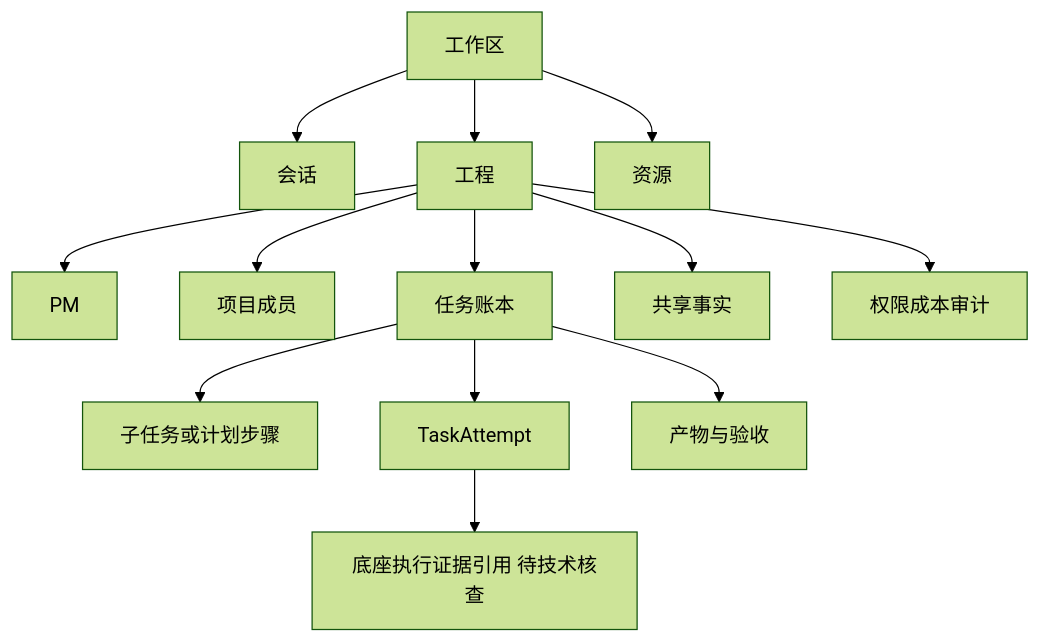
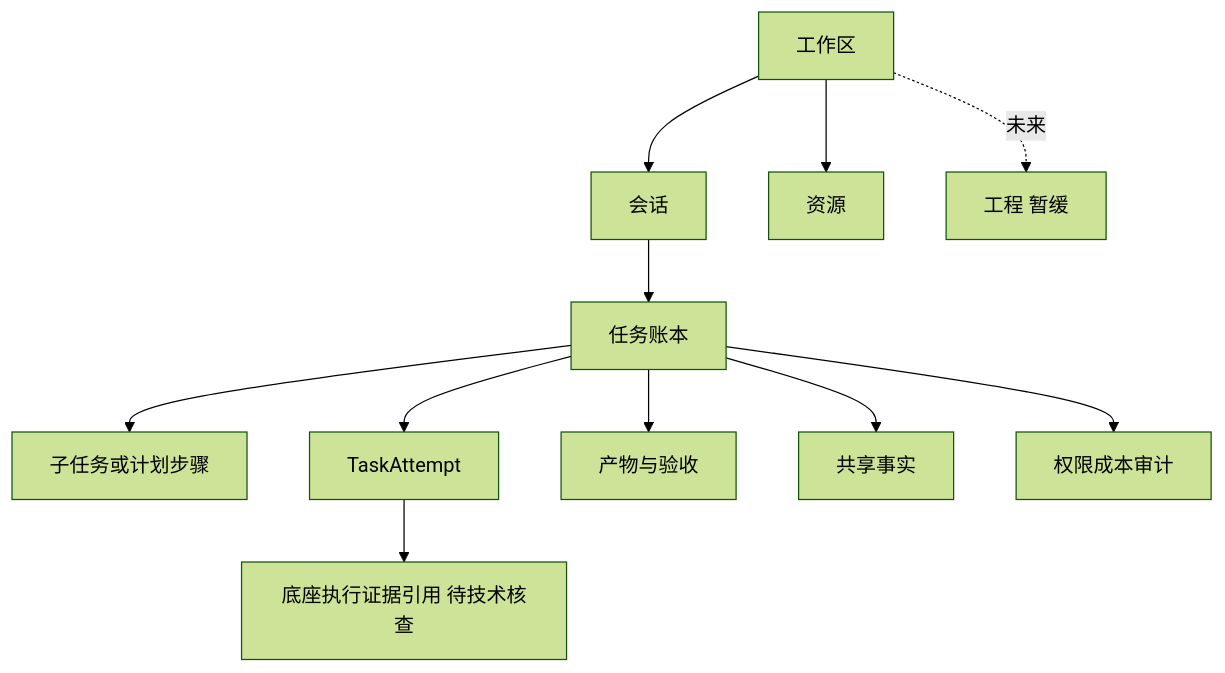
Before and after one commit to liu629711-spec/Magic: the fifth of 5 diagrams in docs/01-产品/PRD-01-Magic产品总览.md, drawn with Mermaid (forest theme). The commit also changed other lines of this file and 106 other files, not shown here.

````diff
--- a/docs/01-产品/PRD-01-Magic产品总览.md
+++ b/docs/01-产品/PRD-01-Magic产品总览.md
@@ -212,15 +224,13 @@
 ```mermaid
 flowchart TD
   W[工作区] --> S[会话]
-  W --> P[工程]
   W --> R[资源]
-  P --> PM[PM]
-  P --> M[项目成员]
-  P --> T[任务账本]
+  S --> T[任务账本]
   T --> ST[子任务或计划步骤]
   T --> AT[TaskAttempt]
   AT --> RUN[底座执行证据引用 待技术核查]
   T --> AR[产物与验收]
-  P --> F[共享事实]
-  P --> G[权限成本审计]
+  T --> F[共享事实]
+  T --> G[权限成本审计]
+  W -.未来.-> P[工程 暂缓]
 ```
````
